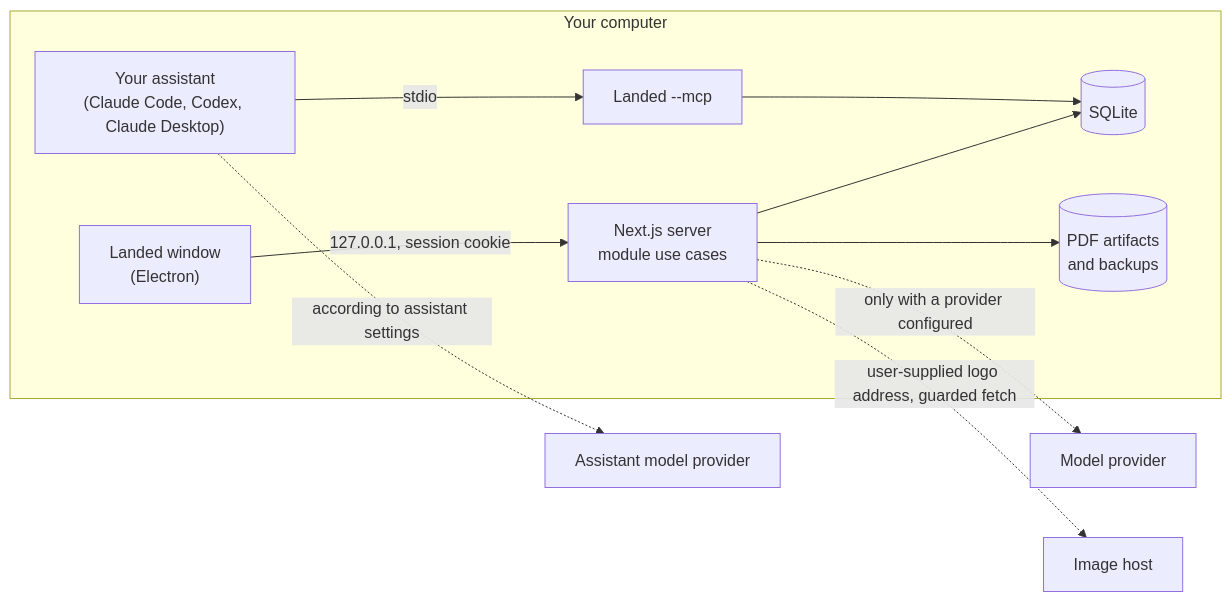
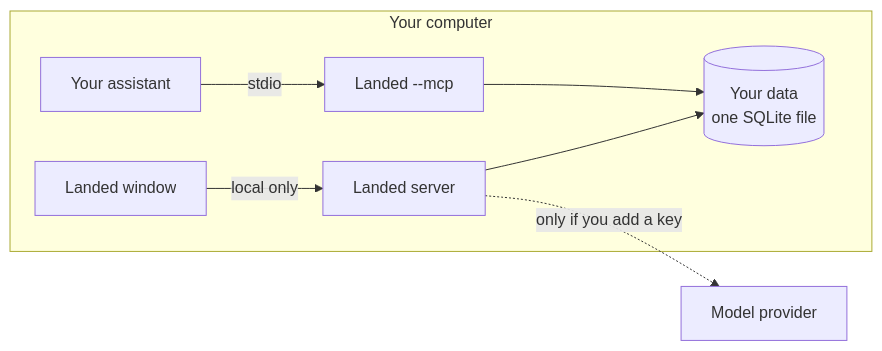
One commit to 3333444n/landed changed the diagram in README.md. Above: the diagram before and after it, drawn with Mermaid. The commit also changed other lines of this file, not shown here.

````diff
--- a/README.md
+++ b/README.md
@@ -84,13 +65,10 @@
 ```mermaid
 flowchart LR
   subgraph local["Your computer"]
-    window["Landed window\n(Electron)"] -->|"127.0.0.1, session cookie"| app["Next.js server\nmodule use cases"]
-    assistant["Your assistant\n(Claude Code, Codex, Claude Desktop)"] -->|"stdio"| mcp["Landed --mcp"]
-    app --> db[("SQLite")]
+    window["Landed window"] -->|"local only"| app["Landed server"]
+    assistant["Your assistant"] -->|"stdio"| mcp["Landed --mcp"]
+    app --> db[("Your data\none SQLite file")]
     mcp --> db
-    app --> files[("PDF artifacts\nand backups")]
   end
-  app -.->|"only with a provider configured"| provider["Model provider"]
-  assistant -.->|"according to assistant settings"| assistantProvider["Assistant model provider"]
-  app -.->|"user-supplied logo address, guarded fetch"| images["Image host"]
+  app -.->|"only if you add a key"| provider["Model provider"]
 ```
````
